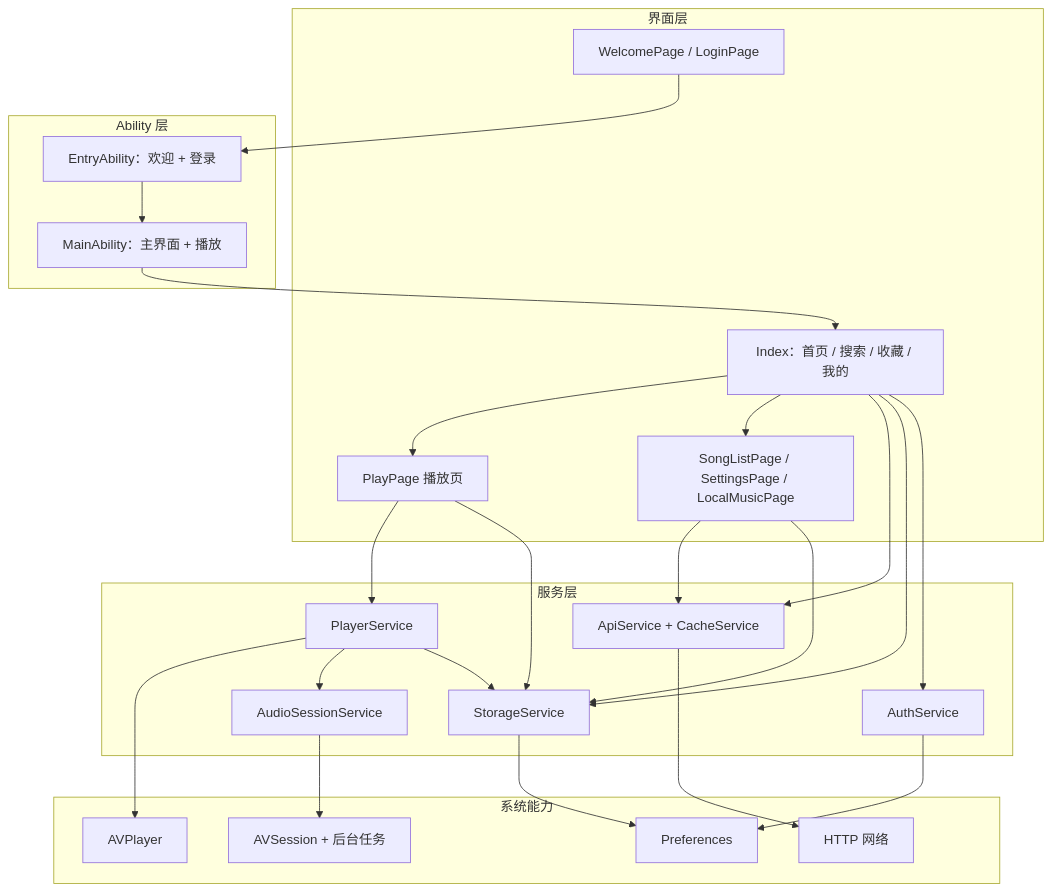
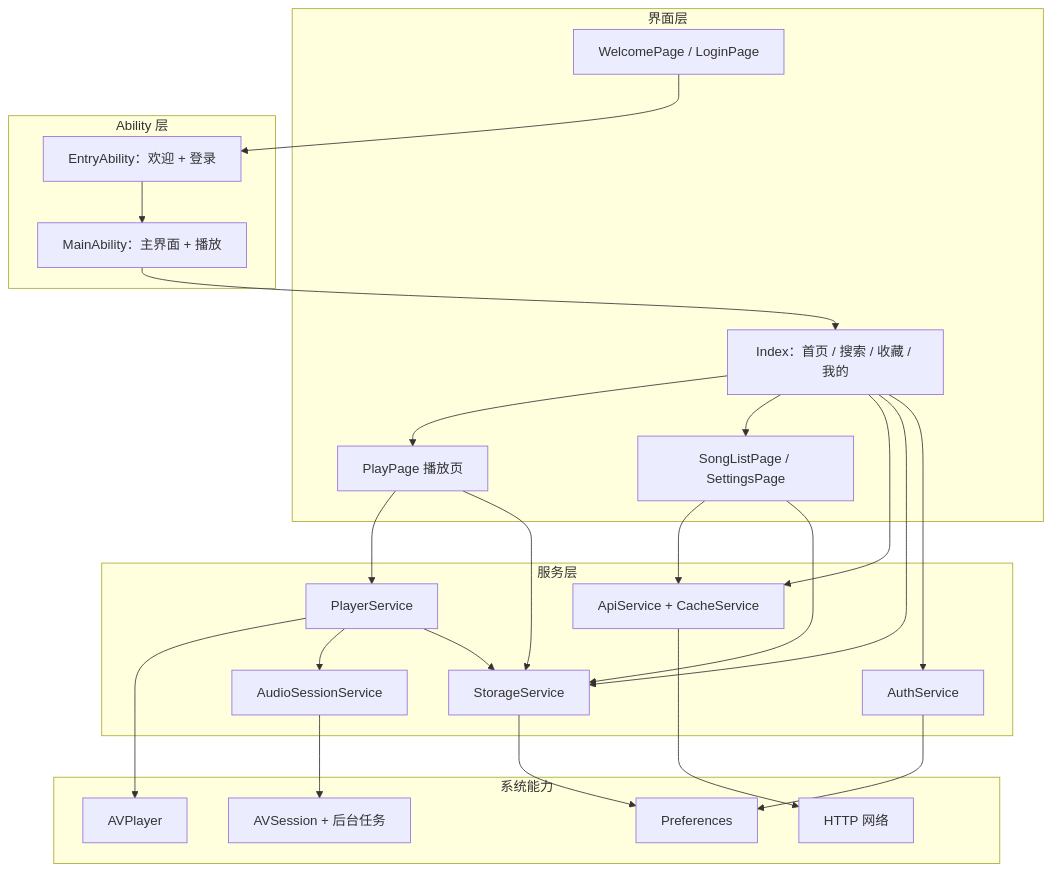
One commit to blowt16/HarmonyMusicApp changed the first of 7 diagrams in docs/学习文档.md. Above: the diagram before and after it, drawn with Mermaid. The commit also changed other lines of this file and 14 other files, not shown here.

````diff
--- a/docs/学习文档.md
+++ b/docs/学习文档.md
@@ -34,49 +34,49 @@
 ```mermaid
 flowchart TB
   subgraph UI["界面层"]
     W["WelcomePage / LoginPage"]
     I["Index：首页 / 搜索 / 收藏 / 我的"]
     P["PlayPage 播放页"]
-    S["SongListPage / SettingsPage / LocalMusicPage"]
+    S["SongListPage / SettingsPage"]
   end
 
   subgraph ABILITY["Ability 层"]
     E["EntryAbility：欢迎 + 登录"]
     M["MainAbility：主界面 + 播放"]
   end
 
   subgraph SERVICE["服务层"]
     AUTH["AuthService"]
     API["ApiService + CacheService"]
     PLAYER["PlayerService"]
     STORE["StorageService"]
     AUDIO["AudioSessionService"]
   end
 
   subgraph SYSTEM["系统能力"]
     PREF["Preferences"]
     AV["AVPlayer"]
     SESSION["AVSession + 后台任务"]
     NET["HTTP 网络"]
   end
 
   W --> E
   E --> M
   M --> I
   I --> P
   I --> S
   P --> PLAYER
   I --> API
   I --> STORE
   I --> AUTH
   S --> API
   S --> STORE
   P --> STORE
   PLAYER --> AV
   PLAYER --> AUDIO
   PLAYER --> STORE
   AUDIO --> SESSION
   API --> NET
   STORE --> PREF
   AUTH --> PREF
 ```
````
